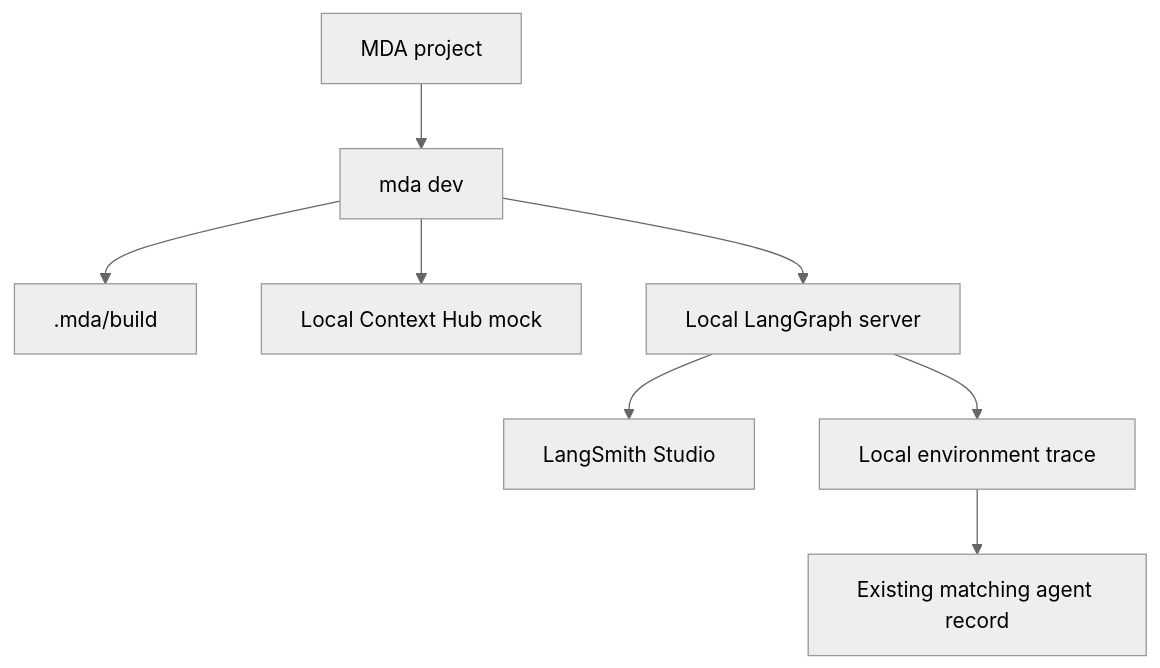
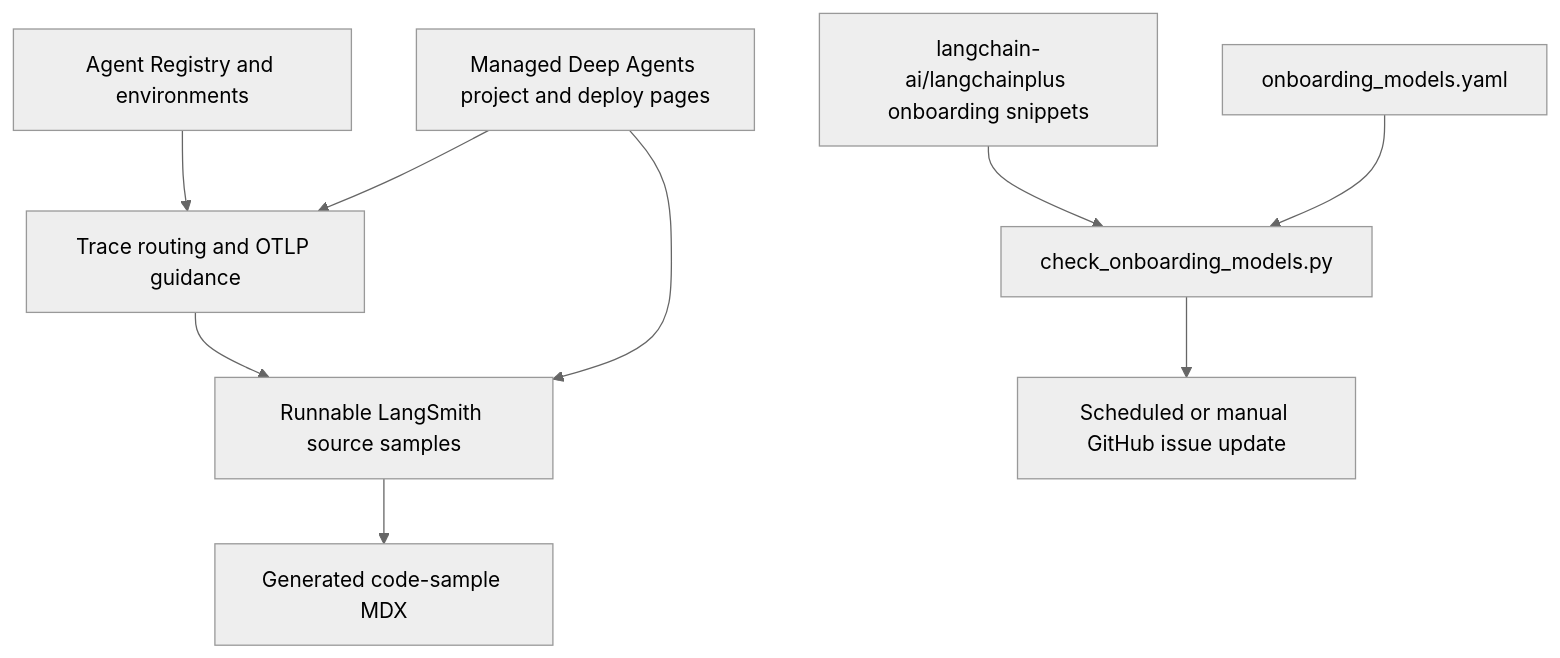
The diagram in openwiki/workflows/langsmith-agent-documentation.md (langchain-ai/docs), drawn with Mermaid (neutral theme) before and after one commit. The commit also changed other lines of this file and 43 other files, not shown here.

````diff
--- a/openwiki/workflows/langsmith-agent-documentation.md
+++ b/openwiki/workflows/langsmith-agent-documentation.md
@@ -119,10 +55,11 @@
 ```mermaid
 flowchart TD
-  Project["MDA project"] --> Dev["mda dev"]
-  Dev --> Build[".mda/build"]
-  Dev --> Context["Local Context Hub mock"]
-  Dev --> Server["Local LangGraph server"]
-  Server --> Studio["LangSmith Studio"]
-  Server --> LocalTrace["Local environment trace"]
-  LocalTrace --> Registry["Existing matching agent record"]
+  Registry["Agent Registry and environments"] --> Routing["Trace routing and OTLP guidance"]
+  Routing --> Samples["Runnable LangSmith source samples"]
+  MDA["Managed Deep Agents project and deploy pages"] --> Routing
+  MDA --> Samples
+  Samples --> Generated["Generated code-sample MDX"]
+  External["langchain-ai/langchainplus onboarding snippets"] --> ModelCheck["check_onboarding_models.py"]
+  ModelData["onboarding_models.yaml"] --> ModelCheck
+  ModelCheck --> Issue["Scheduled or manual GitHub issue update"]
 ```
````
